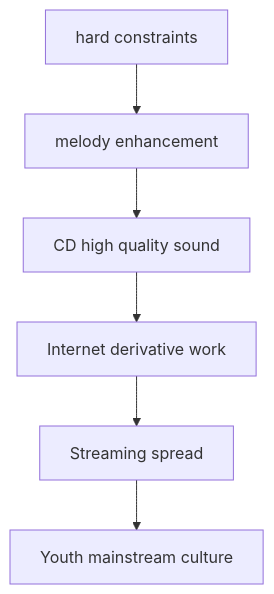
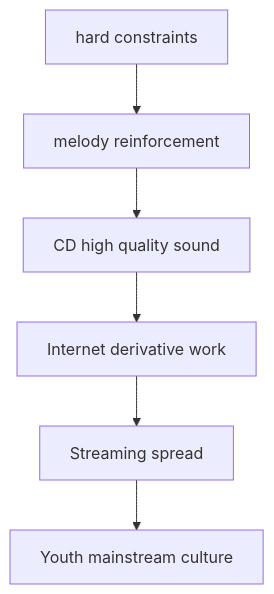
Before and after one commit to monumental-movement/monumental-movement.github.io: the second of 2 diagrams in en/_posts/2026-03-01-column-game-music-youth-culture.md, drawn with Mermaid. The commit also changed other lines of this file and 445 other files, not shown here.

```diff
--- a/en/_posts/2026-03-01-column-game-music-youth-culture.md
+++ b/en/_posts/2026-03-01-column-game-music-youth-culture.md
@@ -179,8 +179,8 @@
 <div class="mermaid">
 flowchart TD
-    A[hard constraints] --> B[melody enhancement]
+    A[hard constraints] --> B[melody reinforcement]
     B --> C[CD high quality sound]
     C --> D[Internet derivative work]
     D --> E[Streaming spread]
     E --> F[Youth mainstream culture]
 </div>
```
